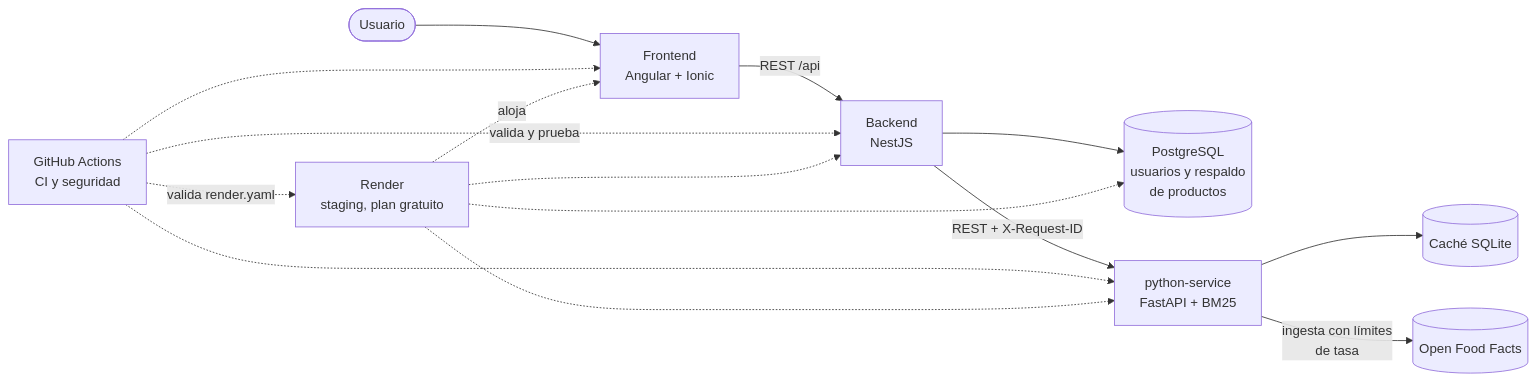
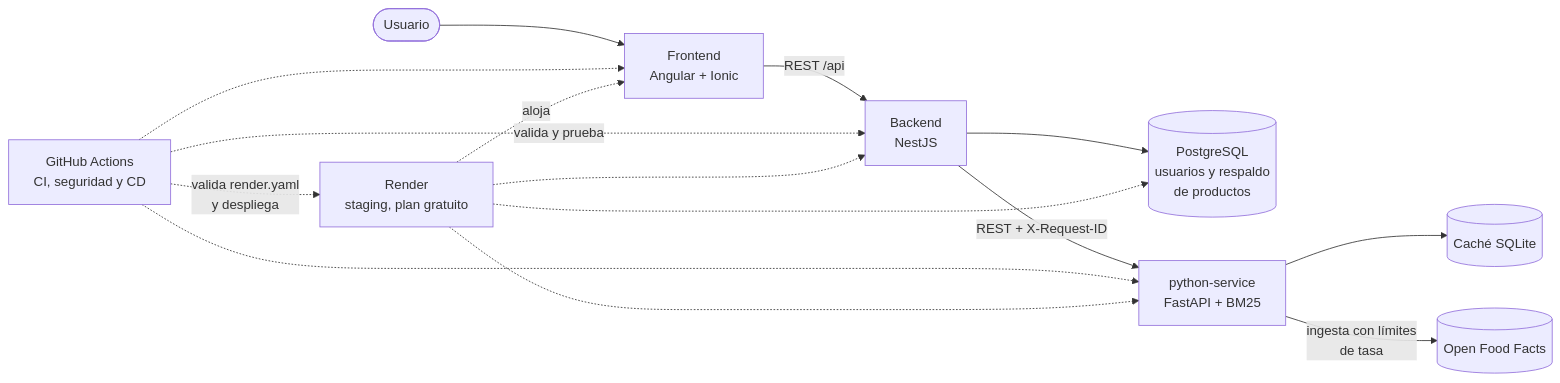
Before and after one commit to Nachetao/FoodAware-Project: the diagram in README.md, drawn with Mermaid. The commit also changed other lines of this file and 12 other files, not shown here.

````diff
--- a/README.md
+++ b/README.md
@@ -73,18 +74,18 @@
 ```mermaid
 flowchart LR
     Usuario([Usuario]) --> Front["Frontend<br/>Angular + Ionic"]
     Front -->|"REST /api"| Back["Backend<br/>NestJS"]
     Back --> PG[("PostgreSQL<br/>usuarios y respaldo<br/>de productos")]
     Back -->|"REST + X-Request-ID"| Py["python-service<br/>FastAPI + BM25"]
     Py --> SQLite[("Caché SQLite")]
     Py -->|"ingesta con límites<br/>de tasa"| OFF[("Open Food Facts")]
 
-    GH["GitHub Actions<br/>CI y seguridad"] -.->|"valida y prueba"| Back
+    GH["GitHub Actions<br/>CI, seguridad y CD"] -.->|"valida y prueba"| Back
     GH -.-> Py
     GH -.-> Front
-    GH -.->|"valida render.yaml"| Render["Render<br/>staging, plan gratuito"]
+    GH -.->|"valida render.yaml<br/>y despliega"| Render["Render<br/>staging, plan gratuito"]
     Render -.->|"aloja"| Front
     Render -.-> Back
     Render -.-> Py
     Render -.-> PG
 ```
````
